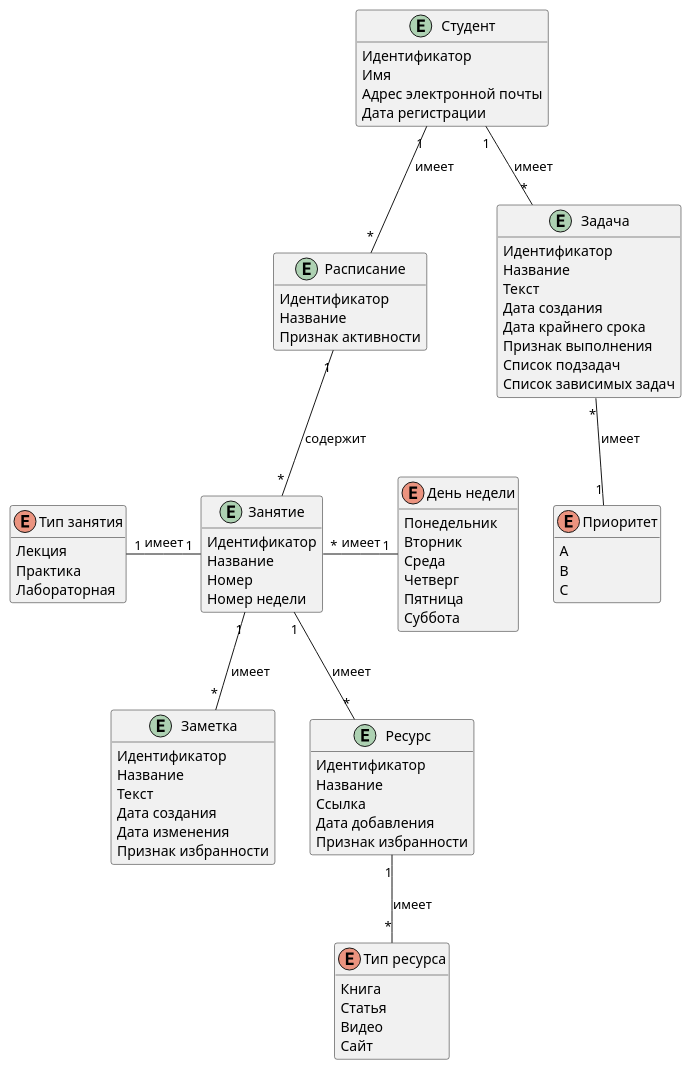
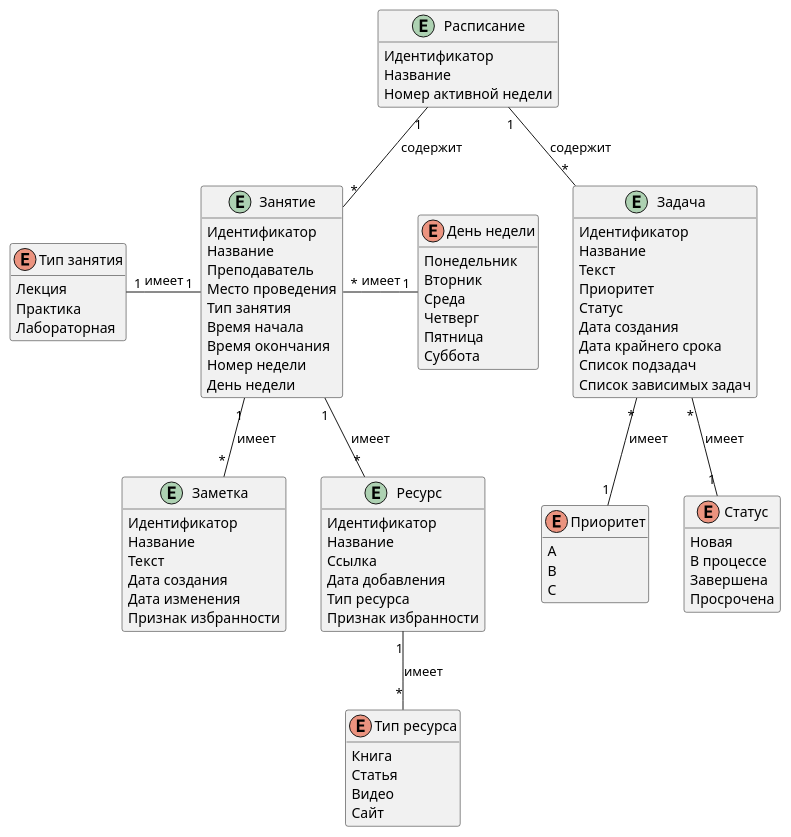
One commit to seljmov/stook changed the diagram in docs/entity.puml. Above: the diagram before and after it, drawn with PlantUML. The commit also changed 2 other files, not shown here.

```diff
--- a/docs/entity.puml
+++ b/docs/entity.puml
@@ -1,98 +1,109 @@
 @startuml "entity"
 
+'add styles for er-diagram
 hide empty members
+' hide circle
+' skinparam linetype ortho
+' !theme plain
 
-entity "Студент" as user {
-    Идентификатор
-    Имя
-    Адрес электронной почты
-    Дата регистрации
-}
 
 entity "Расписание" as schedule {
     Идентификатор
     Название
-    Признак активности
+    Номер активной недели
 }
 
 entity "Занятие" as lesson {
     Идентификатор
     Название
-    Номер
+    Преподаватель
+    Место проведения
+    Тип занятия
+    Время начала
+    Время окончания
     Номер недели
+    День недели
 }
 
 enum "День недели" as day {
     Понедельник
     Вторник
     Среда
     Четверг
     Пятница
     Суббота
 }
 
 enum "Тип занятия" as lessonType {
     Лекция
     Практика
     Лабораторная
 }
 
 entity "Заметка" as note {
     Идентификатор
     Название
     Текст
     Дата создания
     Дата изменения
     Признак избранности
 }
 
 entity "Ресурс" as resource {
     Идентификатор
     Название
     Ссылка
     Дата добавления
+    Тип ресурса
     Признак избранности
 }
 
 enum "Тип ресурса" as resourceType {
     Книга
     Статья
     Видео
     Сайт
 }
 
 entity "Задача" as task {
     Идентификатор
     Название
     Текст
+    Приоритет
+    Статус
     Дата создания
     Дата крайнего срока
-    Признак выполнения
     Список подзадач
     Список зависимых задач
 }
 
 enum "Приоритет" as priority {
     A
     B
     C
 }
 
-user "1" -- "*" schedule : "имеет"
+enum "Статус" as status {
+    Новая
+    В процессе
+    Завершена
+    Просрочена
+}
 
+schedule "1" -- "*" task : "содержит"
 schedule "1" -- "*" lesson : "содержит"
 lesson "1" -l- "1" lessonType : "имеет"
 lesson "*" -r- "1" day : "имеет"
 
 'user "1" -- "*" note : "имеет"
 lesson "1" -- "*" note : "имеет"
 
 'user "1" -- "*" resource : "имеет"
 lesson "1" -- "*" resource : "имеет"
 
 resource "1" -- "*" resourceType : "имеет"
 
-user "1" -- "*" task : "имеет"
 task "*" -- "1" priority : "имеет"
+task "*" -- "1" status : "имеет"
 
 @enduml
```
